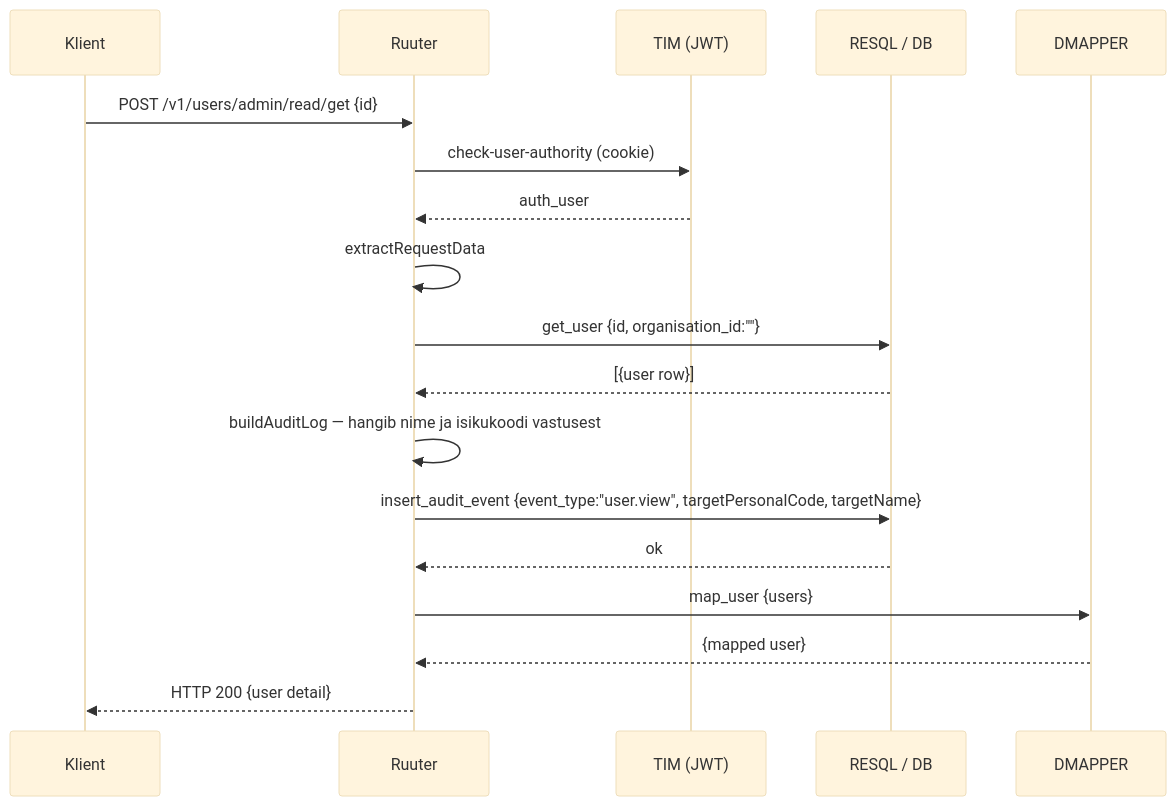
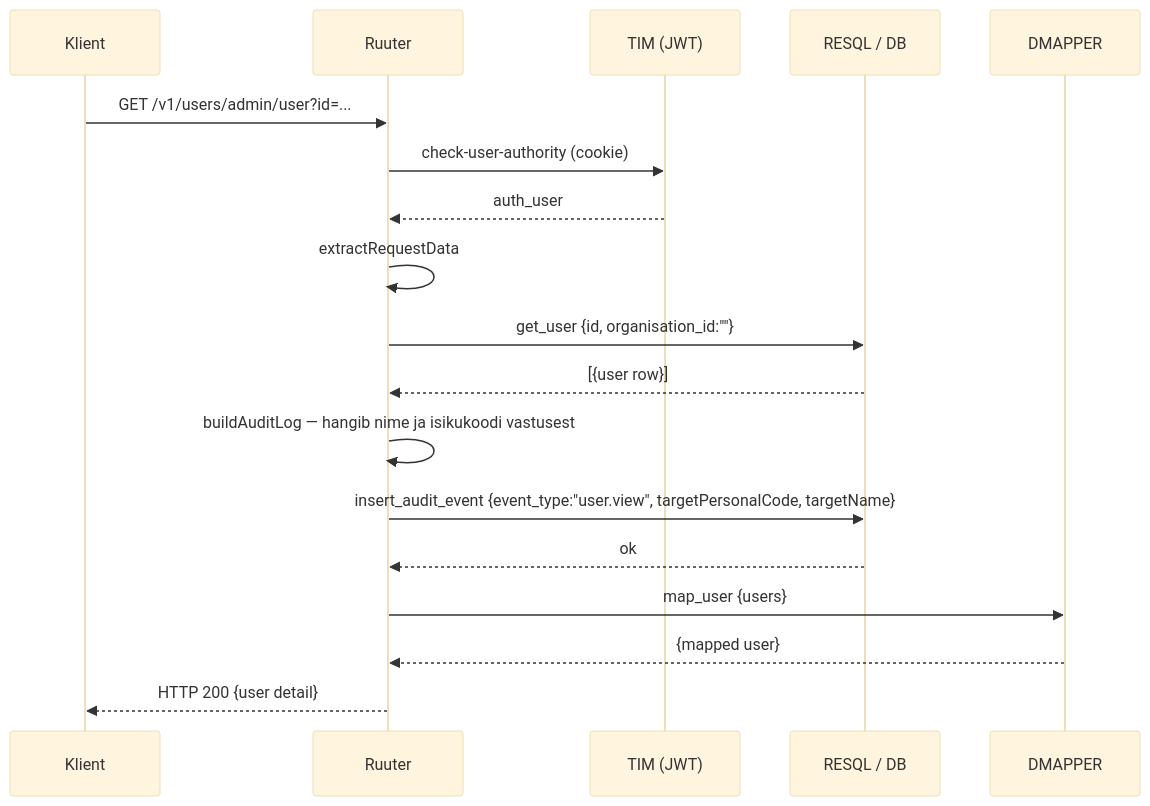
The third of 4 diagrams in docs/audit-logging.md (kemit-ee/ljvis-2), drawn with Mermaid (base theme) before and after one commit. The commit also changed other lines of this file and 3 other files, not shown here.

````diff
--- a/docs/audit-logging.md
+++ b/docs/audit-logging.md
@@ -223,21 +223,21 @@
 ```mermaid
 sequenceDiagram
     participant K as Klient
     participant R as Ruuter
     participant T as TIM (JWT)
     participant DB as RESQL / DB
     participant DM as DMAPPER
 
-    K->>R: POST /v1/users/admin/read/get {id}
+    K->>R: GET /v1/users/admin/user?id=...
     R->>T: check-user-authority (cookie)
     T-->>R: auth_user
     R->>R: extractRequestData
     R->>DB: get_user {id, organisation_id:""}
     DB-->>R: [{user row}]
     R->>R: buildAuditLog — hangib nime ja isikukoodi vastusest
     R->>DB: insert_audit_event {event_type:"user.view", targetPersonalCode, targetName}
     DB-->>R: ok
     R->>DM: map_user {users}
     DM-->>R: {mapped user}
     R-->>K: HTTP 200 {user detail}
 ```
````
